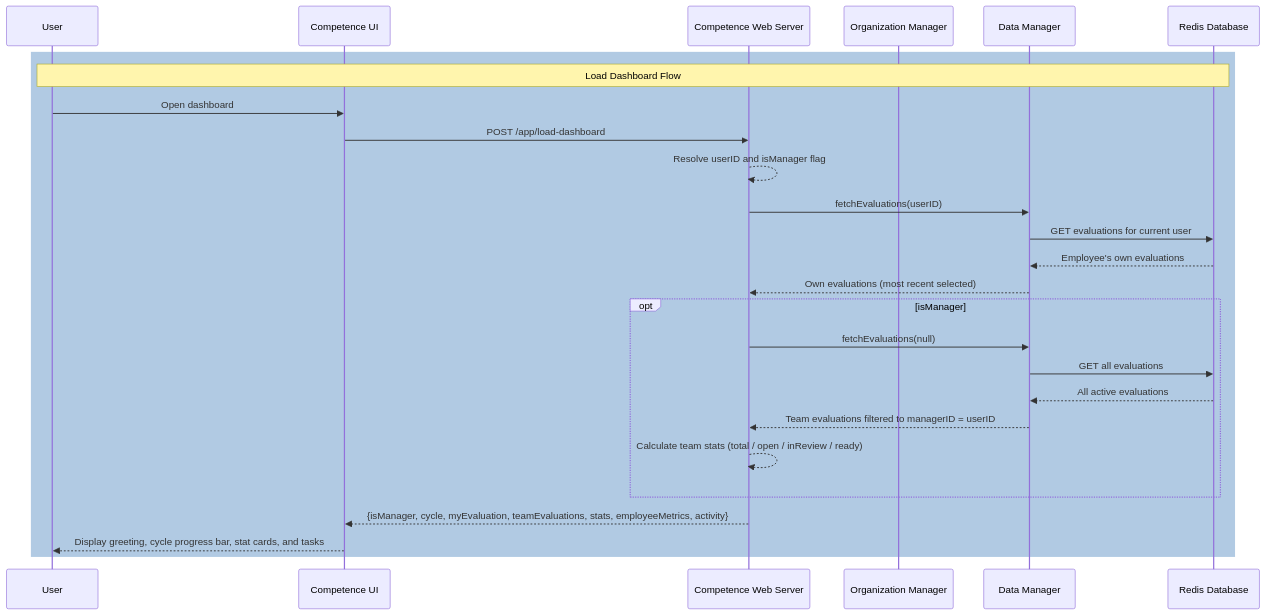
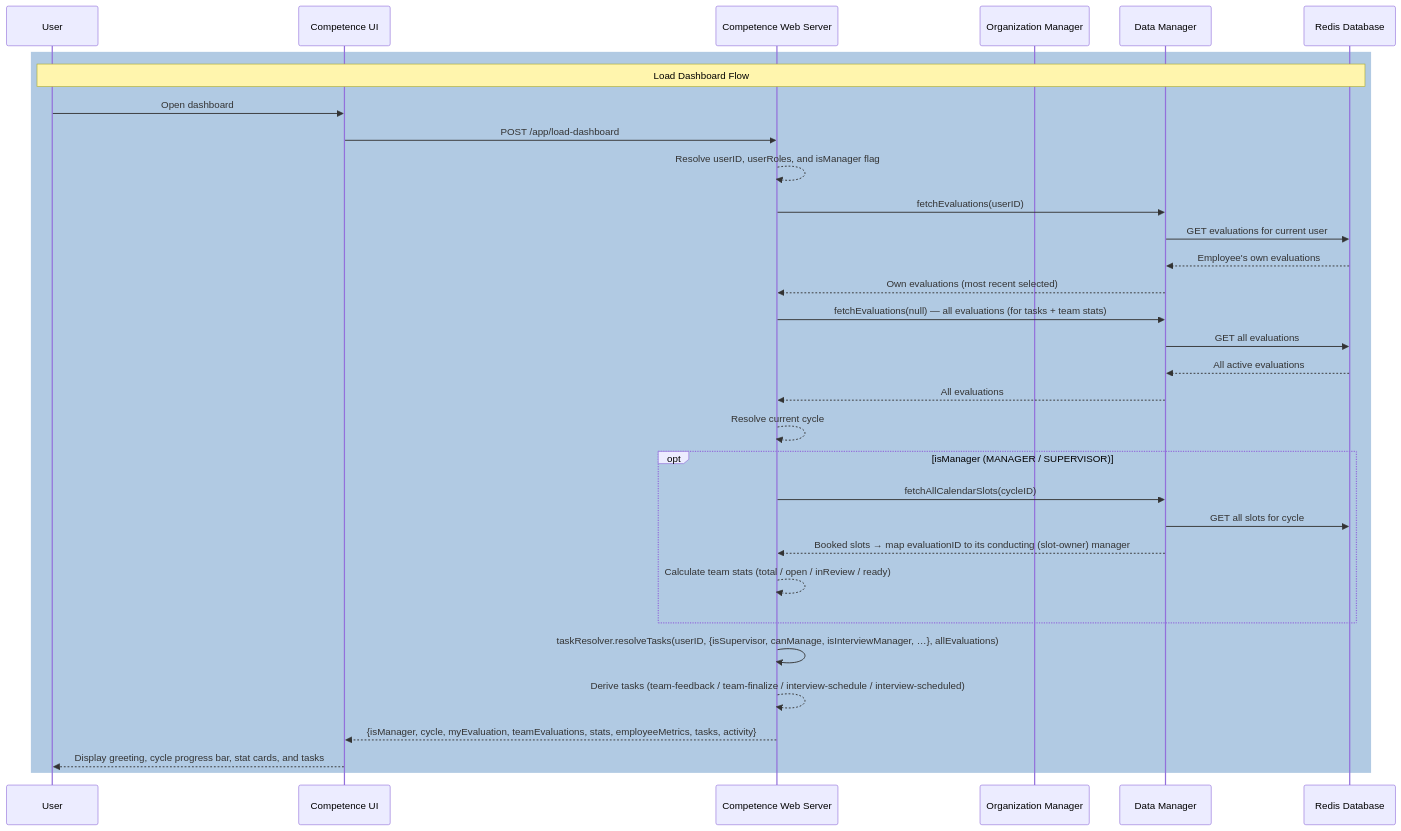
One commit to Belleal/ti-engine changed the second of 13 diagrams in packages/competence/README.md. Above: the diagram before and after it, drawn with Mermaid. The commit also changed other lines of this file and 1 other file, not shown here.

````diff
--- a/packages/competence/README.md
+++ b/packages/competence/README.md
@@ -518,29 +529,35 @@
 ```mermaid
 sequenceDiagram
     participant User as User
     participant Client as Competence UI
     participant Server as Competence Web Server
     participant OrgMgr as Organization Manager
     participant DataMgr as Data Manager
     participant DB as Redis Database
 
     rect rgba(100, 150, 200, 0.5)
         note over User, DB: Load Dashboard Flow
         User ->> Client: Open dashboard
         Client ->> Server: POST /app/load-dashboard
-        Server -->> Server: Resolve userID and isManager flag
+        Server -->> Server: Resolve userID, userRoles, and isManager flag
         Server ->> DataMgr: fetchEvaluations(userID)
         DataMgr ->> DB: GET evaluations for current user
         DB -->> DataMgr: Employee's own evaluations
         DataMgr -->> Server: Own evaluations (most recent selected)
-        opt isManager
-            Server ->> DataMgr: fetchEvaluations(null)
-            DataMgr ->> DB: GET all evaluations
-            DB -->> DataMgr: All active evaluations
-            DataMgr -->> Server: Team evaluations filtered to managerID = userID
+        Server ->> DataMgr: fetchEvaluations(null) — all evaluations (for tasks + team stats)
+        DataMgr ->> DB: GET all evaluations
+        DB -->> DataMgr: All active evaluations
+        DataMgr -->> Server: All evaluations
+        Server -->> Server: Resolve current cycle
+        opt isManager (MANAGER / SUPERVISOR)
+            Server ->> DataMgr: fetchAllCalendarSlots(cycleID)
+            DataMgr ->> DB: GET all slots for cycle
+            DataMgr -->> Server: Booked slots → map evaluationID to its conducting (slot-owner) manager
             Server -->> Server: Calculate team stats (total / open / inReview / ready)
         end
-        Server -->> Client: {isManager, cycle, myEvaluation, teamEvaluations, stats, employeeMetrics, activity}
+        Server ->> Server: taskResolver.resolveTasks(userID, {isSupervisor, canManage, isInterviewManager, …}, allEvaluations)
+        Server -->> Server: Derive tasks (team-feedback / team-finalize / interview-schedule / interview-scheduled)
+        Server -->> Client: {isManager, cycle, myEvaluation, teamEvaluations, stats, employeeMetrics, tasks, activity}
         Client -->> User: Display greeting, cycle progress bar, stat cards, and tasks
     end
 ```
````
